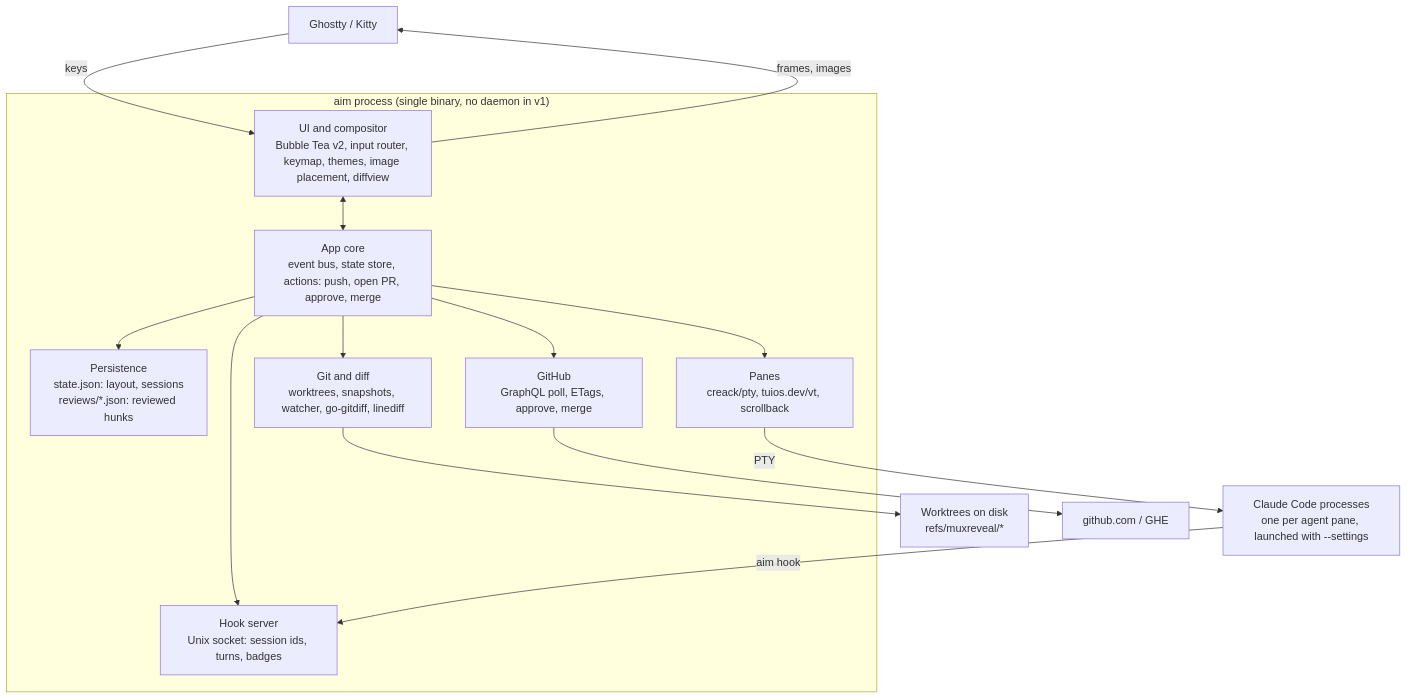
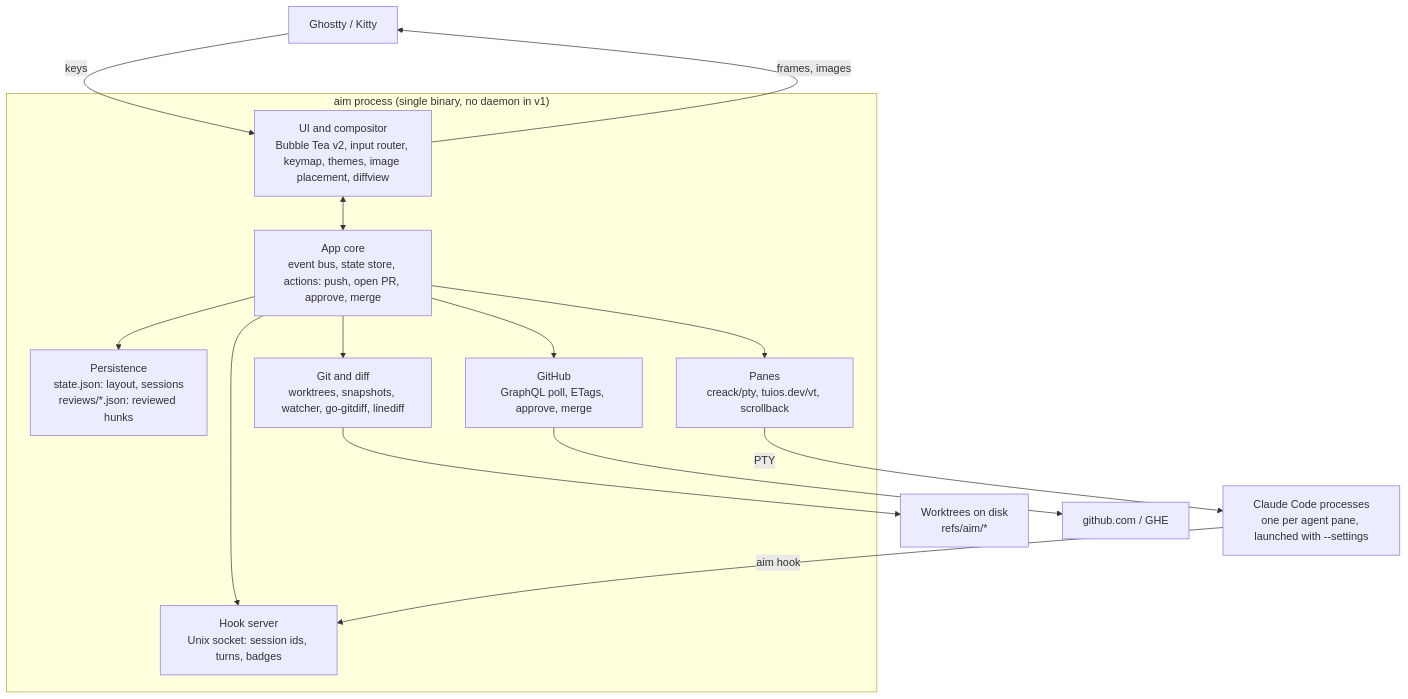
Before and after one commit to mhersson/muxreveal: the diagram in docs/DESIGN.md, drawn with Mermaid. The commit also changed other lines of this file and 38 other files, not shown here.

First line of the commit message:
chore(paths): use aim for dirs, the log, refs, env vars and the User-Agent

````diff
--- a/docs/DESIGN.md
+++ b/docs/DESIGN.md
@@ -160,29 +160,29 @@
 ```mermaid
 flowchart TB
   term["Ghostty / Kitty"]
   subgraph proc["aim process (single binary, no daemon in v1)"]
     ui["UI and compositor<br/>Bubble Tea v2, input router, keymap, themes, image placement, diffview"]
     core["App core<br/>event bus, state store, actions: push, open PR, approve, merge"]
     store["Persistence<br/>state.json: layout, sessions<br/>reviews/*.json: reviewed hunks"]
     panes["Panes<br/>creack/pty, tuios.dev/vt, scrollback"]
     hooks["Hook server<br/>Unix socket: session ids, turns, badges"]
     git["Git and diff<br/>worktrees, snapshots, watcher, go-gitdiff, linediff"]
     gh["GitHub<br/>GraphQL poll, ETags, approve, merge"]
   end
   claude["Claude Code processes<br/>one per agent pane, launched with --settings"]
-  wt["Worktrees on disk<br/>refs/muxreveal/*"]
+  wt["Worktrees on disk<br/>refs/aim/*"]
   api["github.com / GHE"]
 
   term -- keys --> ui
   ui -- frames, images --> term
   ui <--> core
   core --> store
   core --> panes
   core --> hooks
   core --> git
   core --> gh
   panes -- PTY --> claude
   claude -- aim hook --> hooks
   git --> wt
   gh --> api
 ```
````
